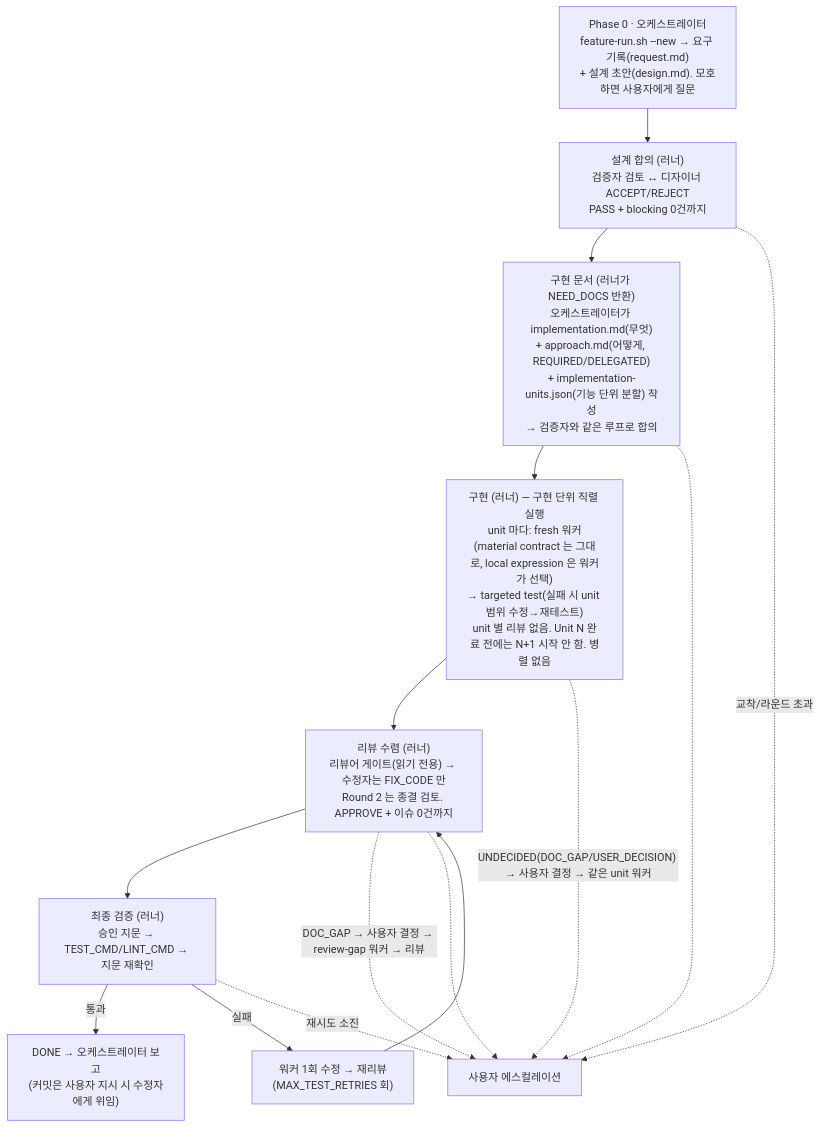
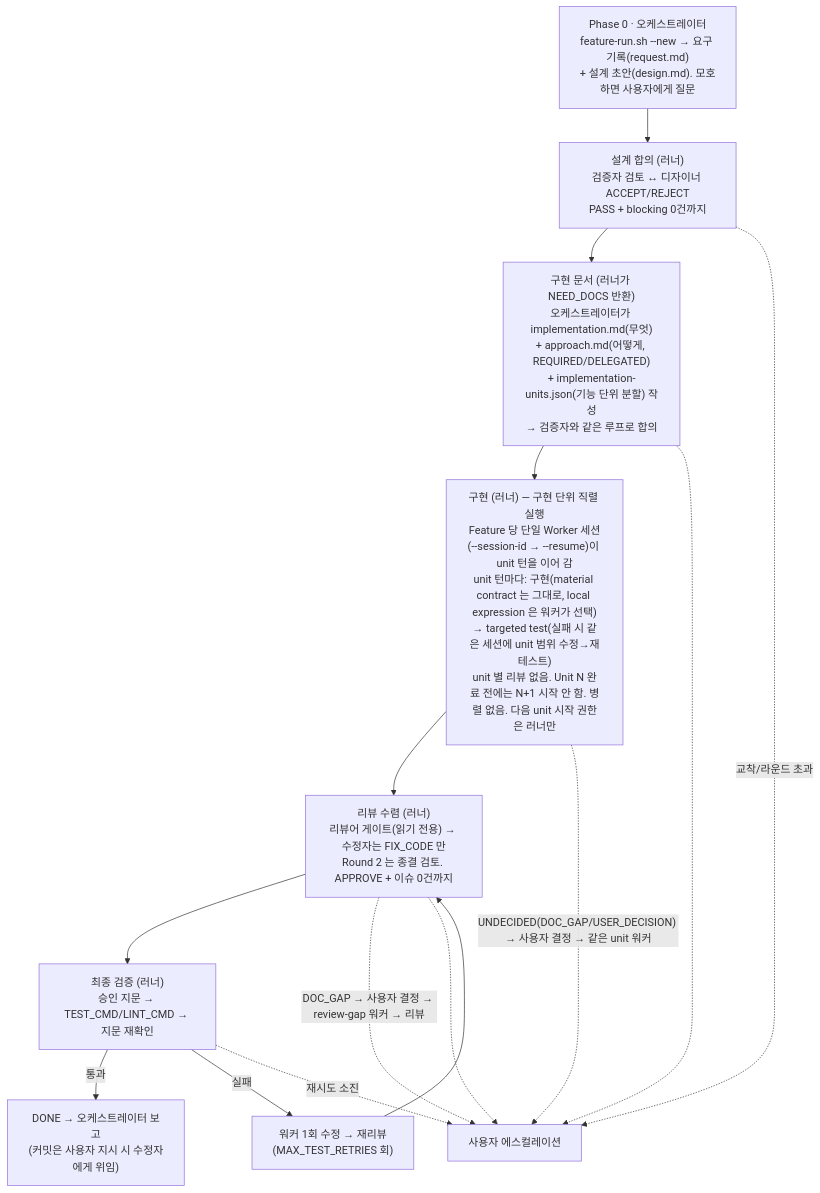
Before and after one commit to DEV-asdf-516/feature-skill: the diagram in README.md, drawn with Mermaid. The commit also changed other lines of this file and 17 other files, not shown here.

````diff
--- a/README.md
+++ b/README.md
@@ -26,16 +26,16 @@
 ```mermaid
 flowchart TD
     P0["Phase 0 · 오케스트레이터\nfeature-run.sh --new → 요구 기록(request.md)\n+ 설계 초안(design.md). 모호하면 사용자에게 질문"] --> P1
     P1["설계 합의 (러너)\n검증자 검토 ↔ 디자이너 ACCEPT/REJECT\nPASS + blocking 0건까지"] --> P15
     P15["구현 문서 (러너가 NEED_DOCS 반환)\n오케스트레이터가 implementation.md(무엇)\n+ approach.md(어떻게, REQUIRED/DELEGATED)\n+ implementation-units.json(기능 단위 분할) 작성\n→ 검증자와 같은 루프로 합의"] --> P2
-    P2["구현 (러너) — 구현 단위 직렬 실행\nunit 마다: fresh 워커(material contract 는 그대로, local expression 은 워커가 선택)\n→ targeted test(실패 시 unit 범위 수정→재테스트)\nunit 별 리뷰 없음. Unit N 완료 전에는 N+1 시작 안 함. 병렬 없음"] --> P3
+    P2["구현 (러너) — 구현 단위 직렬 실행\nFeature 당 단일 Worker 세션(--session-id → --resume)이 unit 턴을 이어 감\nunit 턴마다: 구현(material contract 는 그대로, local expression 은 워커가 선택)\n→ targeted test(실패 시 같은 세션에 unit 범위 수정→재테스트)\nunit 별 리뷰 없음. Unit N 완료 전에는 N+1 시작 안 함. 병렬 없음. 다음 unit 시작 권한은 러너만"] --> P3
     P3["리뷰 수렴 (러너)\n리뷰어 게이트(읽기 전용) → 수정자는 FIX_CODE 만\nRound 2 는 종결 검토. APPROVE + 이슈 0건까지"] --> P4
     P3 -.DOC_GAP → 사용자 결정 → review-gap 워커 → 리뷰.-> ESC
     P4["최종 검증 (러너)\n승인 지문 → TEST_CMD/LINT_CMD → 지문 재확인"] -->|통과| DONE["DONE → 오케스트레이터 보고\n(커밋은 사용자 지시 시 수정자에게 위임)"]
     P4 -->|실패| P2R["워커 1회 수정 → 재리뷰\n(MAX_TEST_RETRIES 회)"] --> P3
     P2 -.UNDECIDED(DOC_GAP/USER_DECISION) → 사용자 결정 → 같은 unit 워커.-> ESC
     P1 -.교착/라운드 초과.-> ESC["사용자 에스컬레이션"]
     P15 -.-> ESC
     P3 -.-> ESC
     P4 -.재시도 소진.-> ESC
 ```
````
